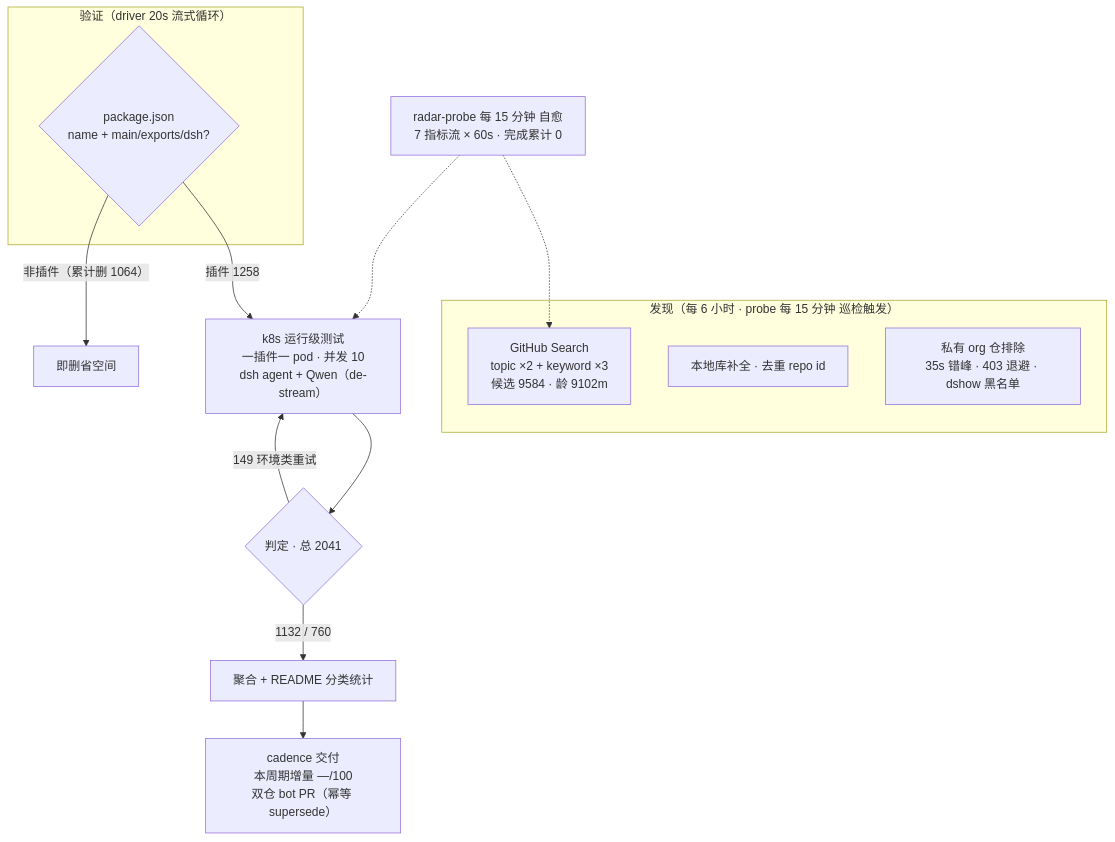
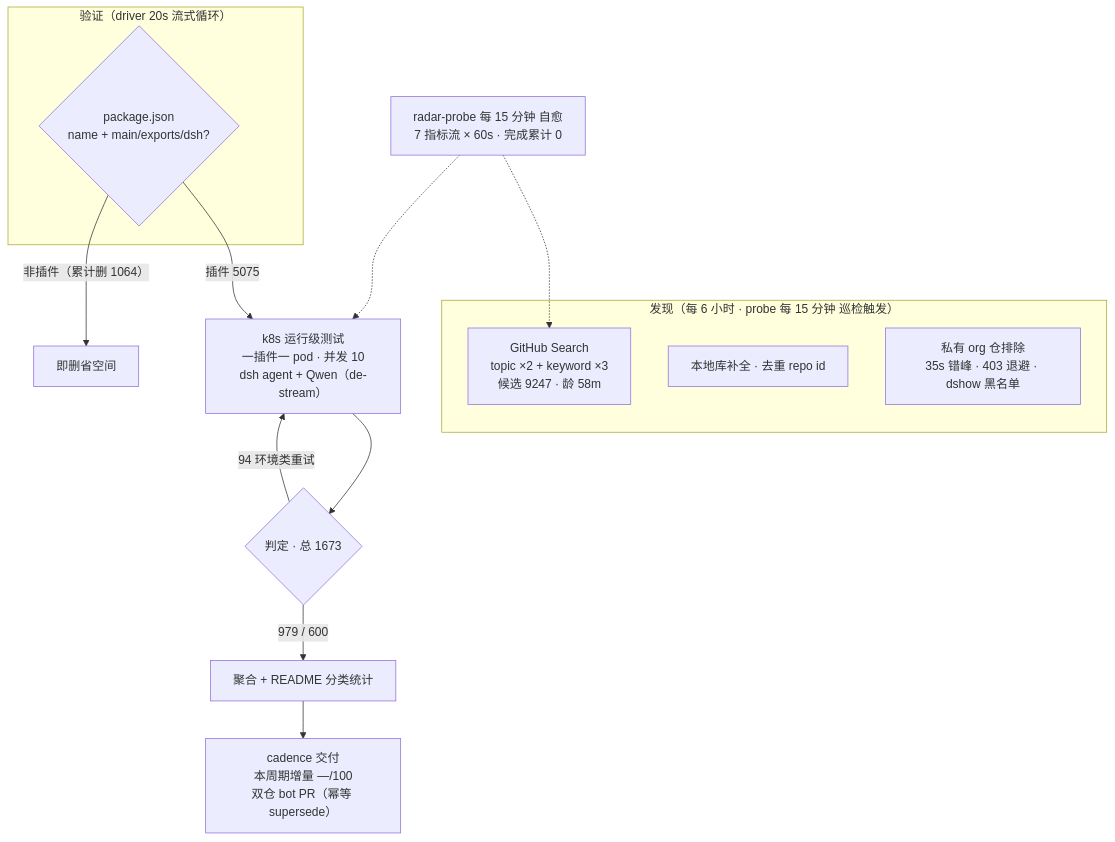
The diagram in README.md (Zhidao-Lab-OSS/awesome-dsh-plugins), drawn with Mermaid before and after one commit. The commit also changed other lines of this file and 1 other file, not shown here.

````diff
--- a/README.md
+++ b/README.md
@@ -37,20 +37,20 @@
 ```mermaid
 flowchart TB
     subgraph Discovery["发现（每 6 小时 · probe 每 15 分钟 巡检触发）"]
-        A1["GitHub Search<br/>topic ×2 + keyword ×3<br/>候选 9584 · 龄 9102m"]
+        A1["GitHub Search<br/>topic ×2 + keyword ×3<br/>候选 9247 · 龄 58m"]
         A2["本地库补全 · 去重 repo id"]
         A3["私有 org 仓排除<br/>35s 错峰 · 403 退避 · dshow 黑名单"]
     end
     subgraph Validation["验证（driver 20s 流式循环）"]
         B1{"package.json<br/>name + main/exports/dsh?"}
     end
-    B1 -->|"插件 1258"| C1["k8s 运行级测试<br/>一插件一 pod · 并发 10<br/>dsh agent + Qwen（de-stream）"]
+    B1 -->|"插件 5075"| C1["k8s 运行级测试<br/>一插件一 pod · 并发 10<br/>dsh agent + Qwen（de-stream）"]
     B1 -->|"非插件（累计删 1064）"| B3["即删省空间"]
-    C1 --> D1{"判定 · 总 2041"}
-    D1 -->|"1132 / 760"| E1["聚合 + README 分类统计"]
-    D1 -->|"149 环境类重试"| C1
+    C1 --> D1{"判定 · 总 1673"}
+    D1 -->|"979 / 600"| E1["聚合 + README 分类统计"]
+    D1 -->|"94 环境类重试"| C1
     E1 --> E2["cadence 交付<br/>本周期增量 —/100<br/>双仓 bot PR（幂等 supersede）"]
     M["radar-probe 每 15 分钟 自愈<br/>7 指标流 × 60s · 完成累计 0"]
     M -.-> A1
     M -.-> C1
 ```
````
